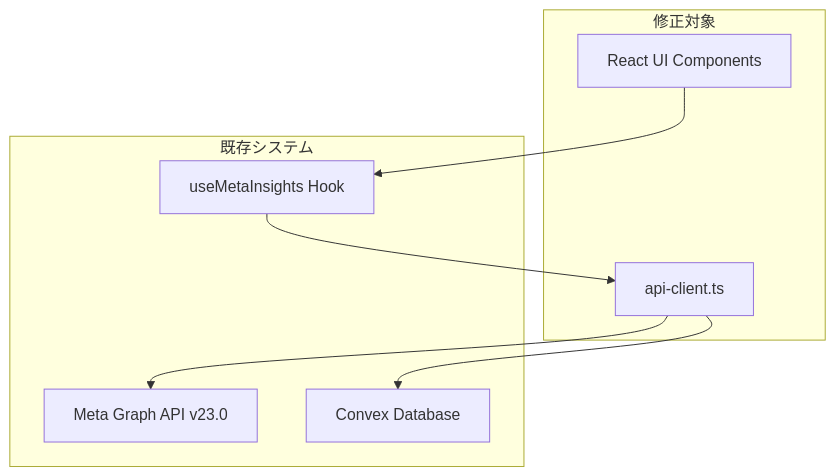
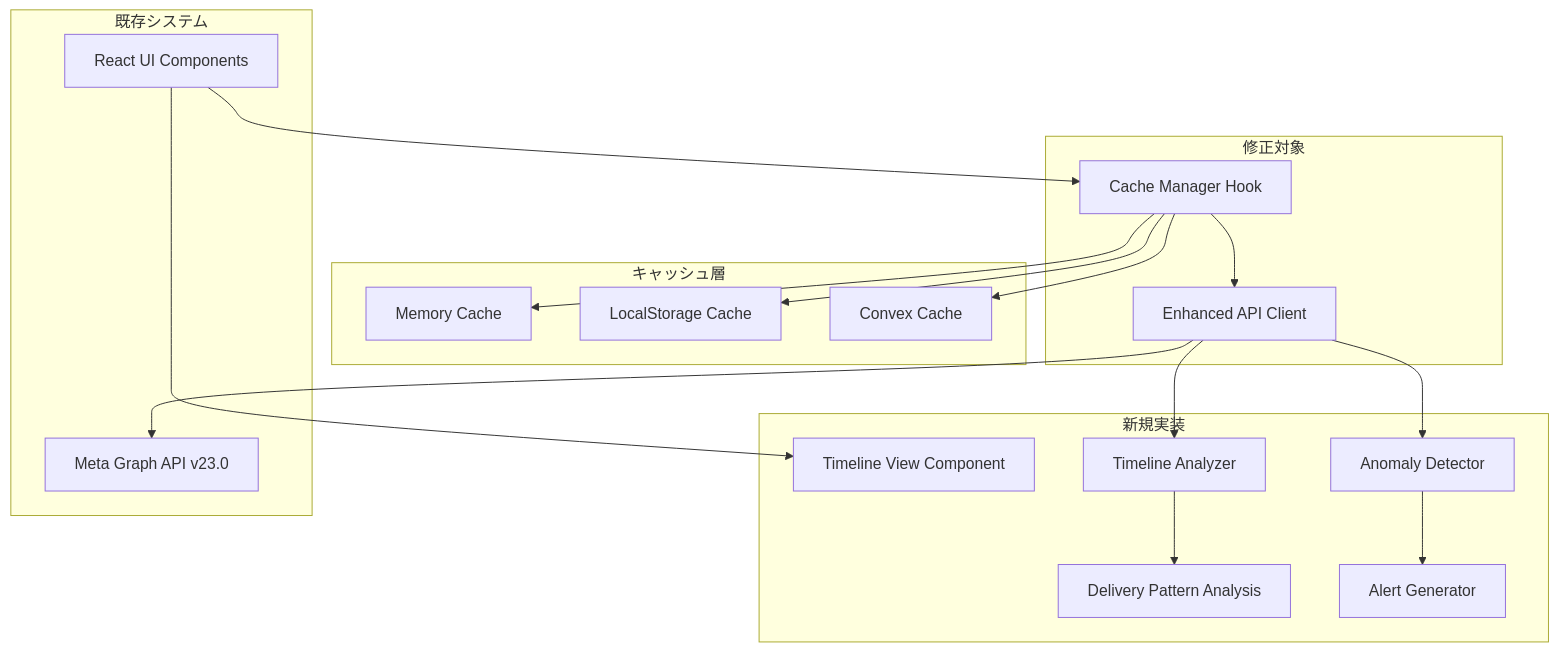
The diagram in docs/design/meta-api-pagination/architecture.md (fortunefaded/marketing-tool), drawn with Mermaid before and after one commit. The commit also changed other lines of this file and 4 other files, not shown here.

````diff
--- a/docs/design/meta-api-pagination/architecture.md
+++ b/docs/design/meta-api-pagination/architecture.md
@@ -37,18 +52,40 @@
 ```mermaid
 graph TD
-    A[React UI Components] --> B[useMetaInsights Hook]
-    B --> C[api-client.ts]
-    C --> D[Meta Graph API v23.0]
-    C --> E[Convex Database]
+    A[React UI Components] --> B[Timeline View Component]
+    A --> C[Cache Manager Hook]
+    C --> D[Memory Cache]
+    C --> E[LocalStorage Cache]
+    C --> F[Convex Cache]
+    
+    C --> G[Enhanced API Client]
+    G --> H[Timeline Analyzer]
+    G --> I[Anomaly Detector]
+    G --> J[Meta Graph API v23.0]
+    
+    H --> K[Delivery Pattern Analysis]
+    I --> L[Alert Generator]
+    
+    subgraph "新規実装"
+    B
+    H
+    I
+    K
+    L
+    end
+    
+    subgraph "キャッシュ層"
+    D
+    E
+    F
+    end
     
     subgraph "修正対象"
+    G
     C
-    A
     end
     
     subgraph "既存システム"
-    B
-    D
-    E
+    A
+    J
     end
 ```
````
